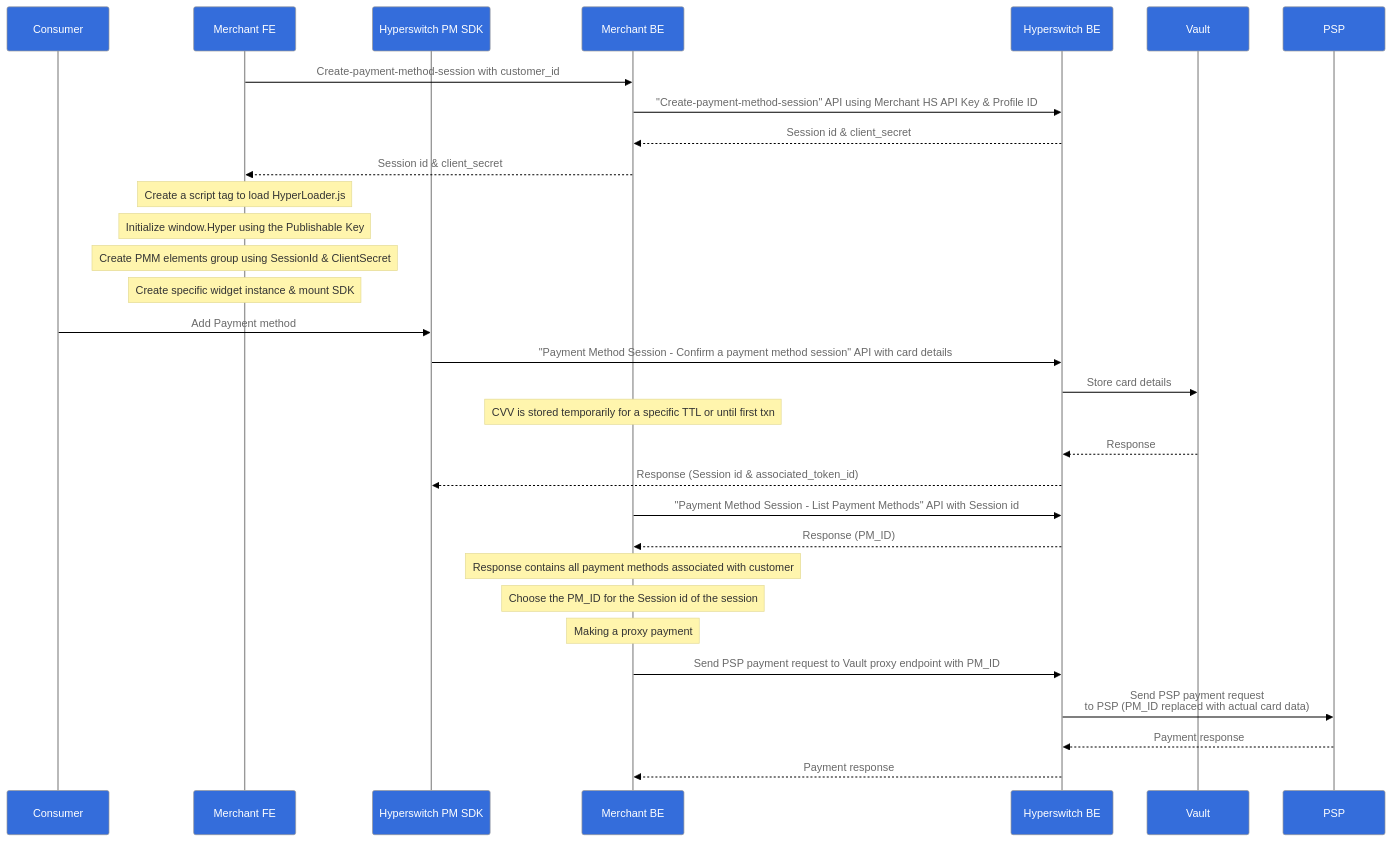
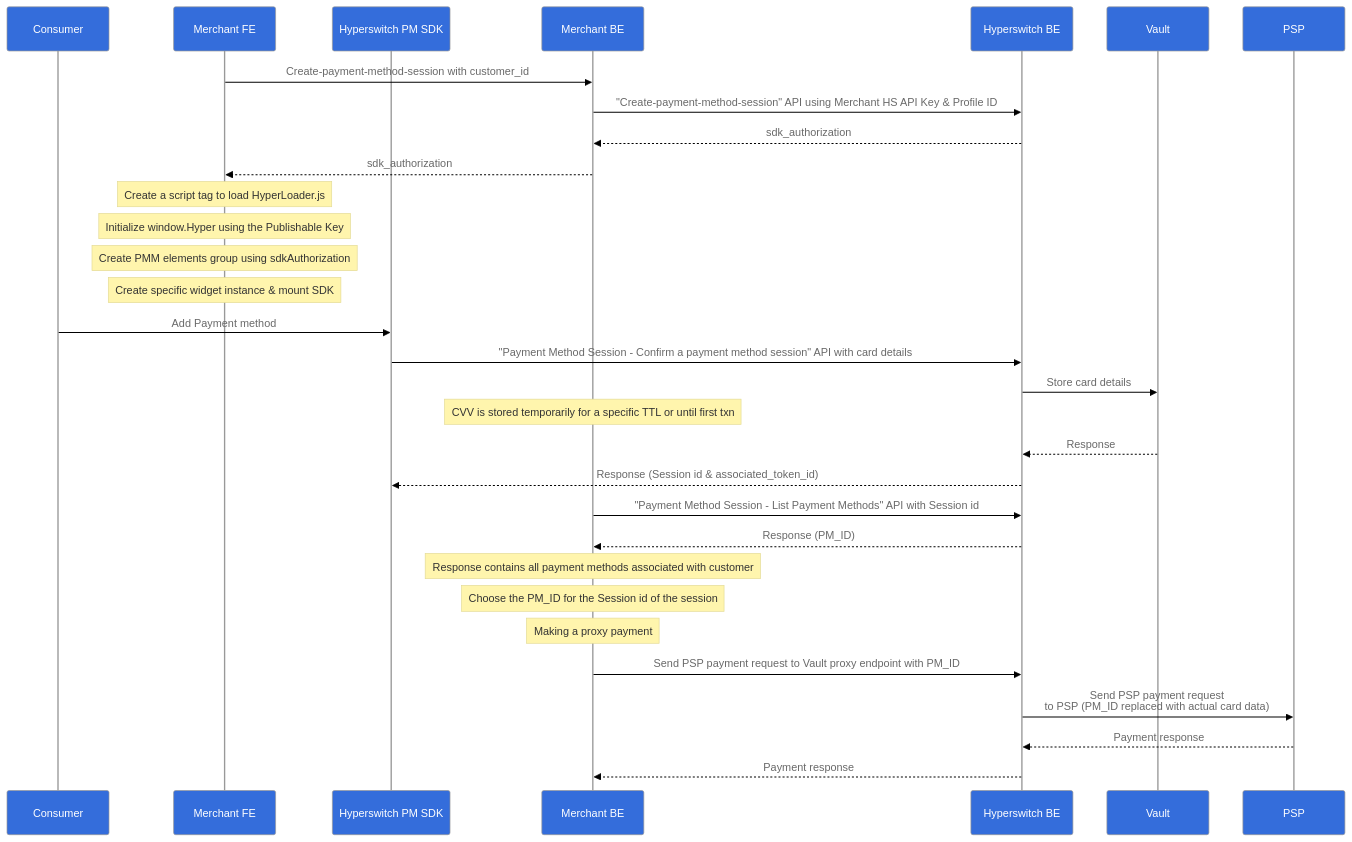
Before and after one commit to juspay/hyperswitch-docs: the diagram in integration-guide/payment-suite/payment-method-card/proxy.md, drawn with Mermaid. The commit also changed 4 other files, not shown here.

````diff
--- a/integration-guide/payment-suite/payment-method-card/proxy.md
+++ b/integration-guide/payment-suite/payment-method-card/proxy.md
@@ -22,61 +22,61 @@
 ```mermaid
 %%{init: {
   "theme": "base",
   "themeVariables": {
     "primaryColor": "#ffffff",
     "primaryBorderColor": "#2563EB",
     "lineColor": "#2563EB",
     "secondaryColor": "#EFF6FF",
     "tertiaryColor": "#DBEAFE",
     "fontFamily": "Inter, system-ui, sans-serif",
     "fontSize": "14px",
     "textColor": "#000000",
 
     "actorBkg": "#346DDB",
     "actorBorder": "#999999",
     "actorTextColor": "#ffffff",
 
     "signalColor": "#000000",
     "signalTextColor": "#696969",
 
     "labelBoxBkgColor": "#346DDB",
     "labelBoxBorderColor": "#2563EB"
   }
 }}%%
 sequenceDiagram
   participant C as Consumer
   participant MFE as Merchant FE
   participant PSDK as Hyperswitch PM SDK
   participant MBE as Merchant BE
   participant HBE as Hyperswitch BE
   participant V as Vault
   participant PSP as PSP
 
   MFE ->> MBE: Create-payment-method-session with customer_id
   MBE ->> HBE: "Create-payment-method-session" API using Merchant HS API Key & Profile ID
-  HBE -->> MBE: Session id & client_secret
-  MBE -->> MFE: Session id & client_secret
+  HBE -->> MBE: sdk_authorization
+  MBE -->> MFE: sdk_authorization
 
   Note over MFE: Create a script tag to load HyperLoader.js
   Note over MFE: Initialize window.Hyper using the Publishable Key
-  Note over MFE: Create PMM elements group using SessionId & ClientSecret
+  Note over MFE: Create PMM elements group using sdkAuthorization
   Note over MFE: Create specific widget instance & mount SDK
 
   C ->> PSDK: Add Payment method
   PSDK ->> HBE: "Payment Method Session - Confirm a payment method session" API with card details
   HBE ->> V: Store card details
   Note over MBE: CVV is stored temporarily for a specific TTL or until first txn
   V -->> HBE: Response
   HBE -->> PSDK: Response (Session id & associated_token_id)
 
   MBE ->> HBE: "Payment Method Session - List Payment Methods" API with Session id
   HBE -->> MBE: Response (PM_ID)
   Note over MBE: Response contains all payment methods associated with customer
   Note over MBE: Choose the PM_ID for the Session id of the session
 
   Note over MBE: Making a proxy payment
   MBE ->> HBE: Send PSP payment request to Vault proxy endpoint with PM_ID
   HBE ->> PSP: Send PSP payment request<br>to PSP (PM_ID replaced with actual card data)
   PSP -->> HBE: Payment response
   HBE -->> MBE: Payment response
 ```
````
